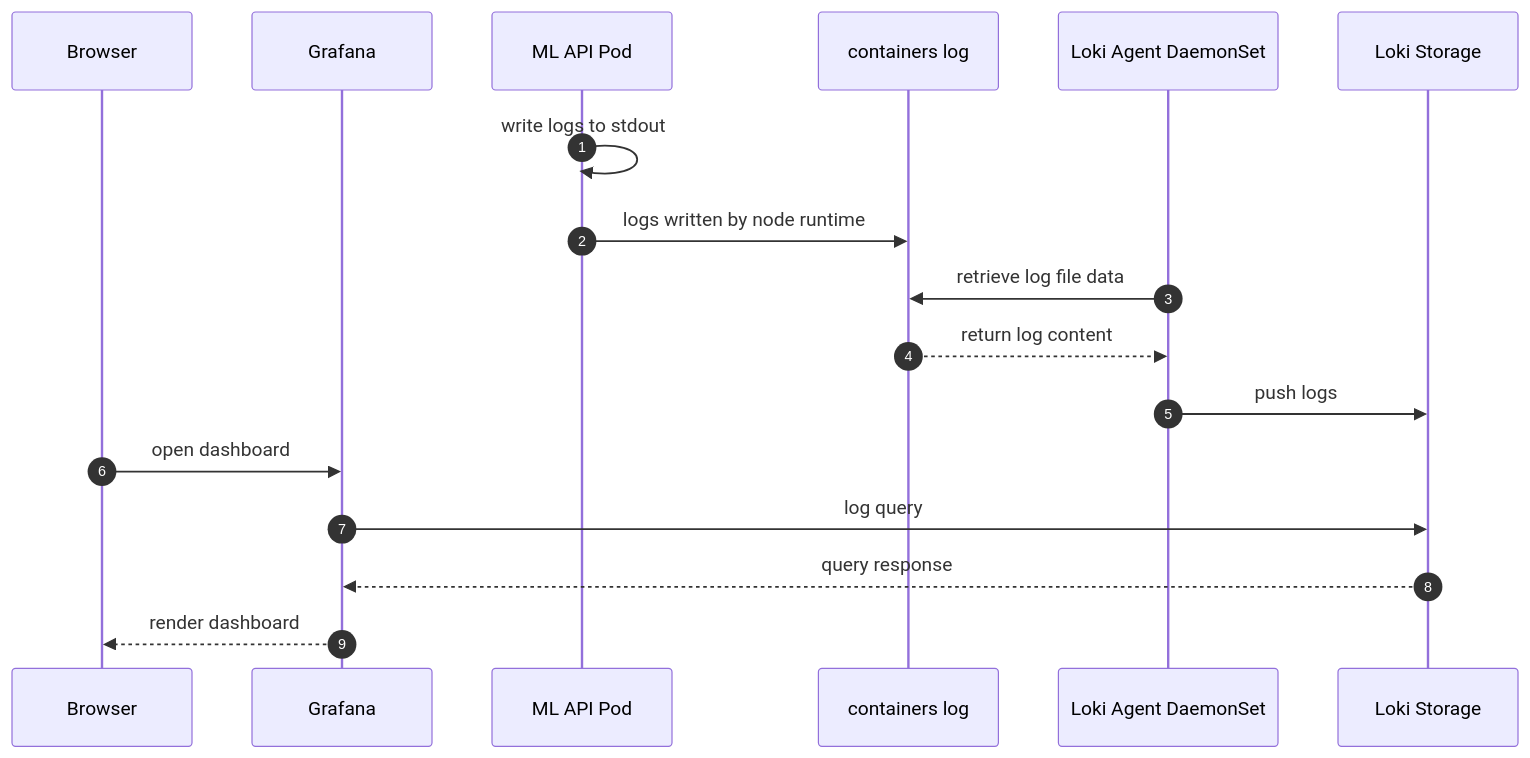
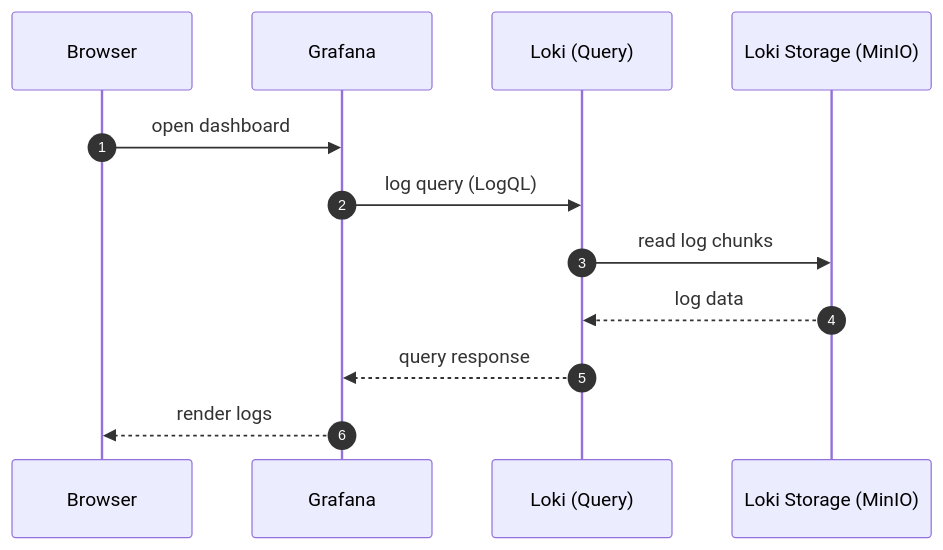
One commit to refuel-code-135/k8s-ml-inference-platform changed the fifth of 6 diagrams in README.md. Above: the diagram before and after it, drawn with Mermaid. The commit also changed other lines of this file, not shown here.

````diff
--- a/README.md
+++ b/README.md
@@ -94,24 +120,18 @@
 ```mermaid
 
 sequenceDiagram
     autonumber
 
     participant Browser as Browser
     participant Grafana as Grafana
-    participant MLAPI as ML API Pod
-    participant ContainersLog as containers log
-    participant LokiAgent as Loki Agent DaemonSet
-    participant LokiStorage as Loki Storage
+    participant Loki as Loki (Query)
+    participant Storage as Loki Storage (MinIO)
 
-    MLAPI ->> MLAPI: write logs to stdout
-    MLAPI ->> ContainersLog: logs written by node runtime
+    Browser ->> Grafana: open dashboard
+    Grafana ->> Loki: log query (LogQL)
+    Loki ->> Storage: read log chunks
+    Storage -->> Loki: log data
+    Loki -->> Grafana: query response
+    Grafana -->> Browser: render logs
 
-    LokiAgent ->> ContainersLog: retrieve log file data
-    ContainersLog -->> LokiAgent: return log content
-
-    LokiAgent ->> LokiStorage: push logs
-    Browser ->> Grafana: open dashboard
-    Grafana ->> LokiStorage: log query
-    LokiStorage -->> Grafana: query response
-    Grafana -->> Browser: render dashboard
 ```
````
